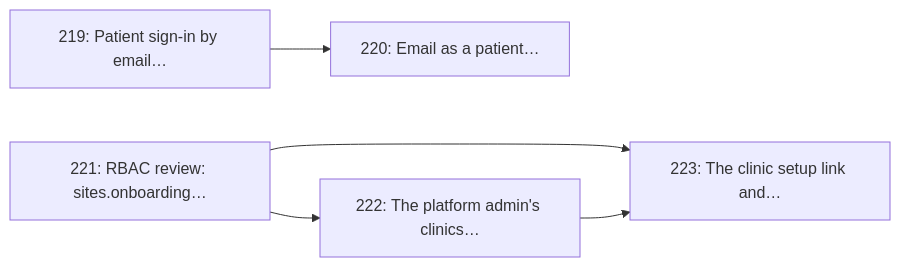
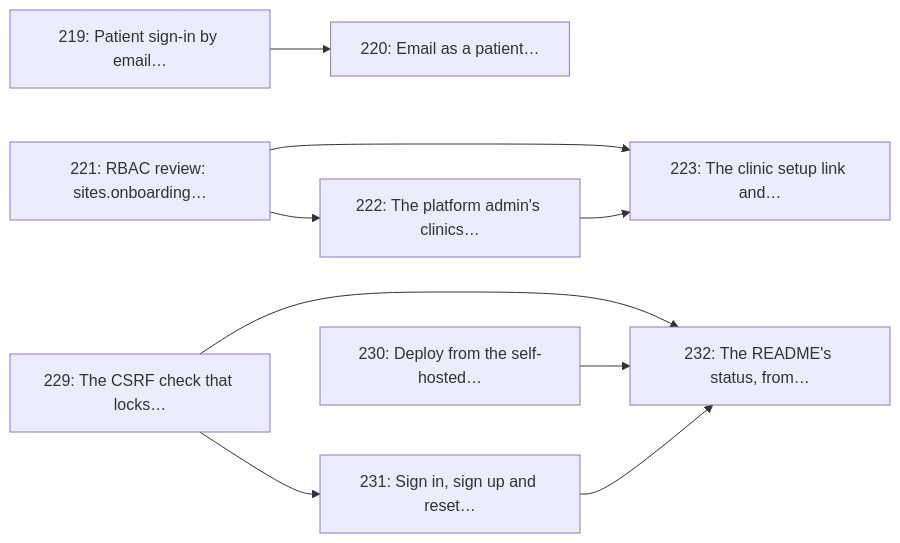
Before and after one commit to Billykat7/clinicQ: the diagram in docs/GITHUB/MILESTONES/M15_clinic_onboarding_patient_sign_in.md, drawn with Mermaid. The commit also changed other lines of this file and 3 other files, not shown here.

````diff
--- a/docs/GITHUB/MILESTONES/M15_clinic_onboarding_patient_sign_in.md
+++ b/docs/GITHUB/MILESTONES/M15_clinic_onboarding_patient_sign_in.md
@@ -68,12 +82,20 @@
 ```mermaid
 flowchart LR
     I219["219: Patient sign-in by email…"]
     I220["220: Email as a patient…"]
     I221["221: RBAC review: sites.onboarding…"]
     I222["222: The platform admin's clinics…"]
     I223["223: The clinic setup link and…"]
+    I229["229: The CSRF check that locks…"]
+    I230["230: Deploy from the self-hosted…"]
+    I231["231: Sign in, sign up and reset…"]
+    I232["232: The README's status, from…"]
     I219 --> I220
     I221 --> I222
     I221 --> I223
     I222 --> I223
+    I229 --> I231
+    I229 --> I232
+    I230 --> I232
+    I231 --> I232
 ```
````
